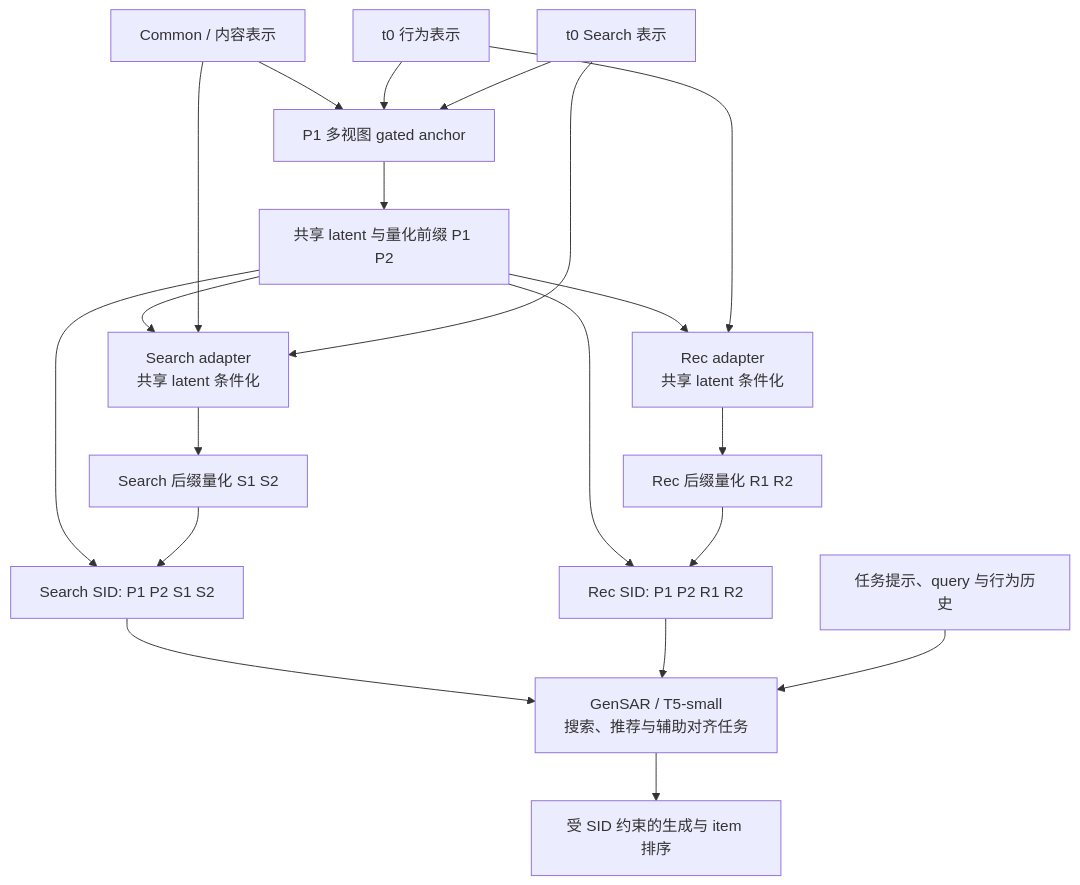
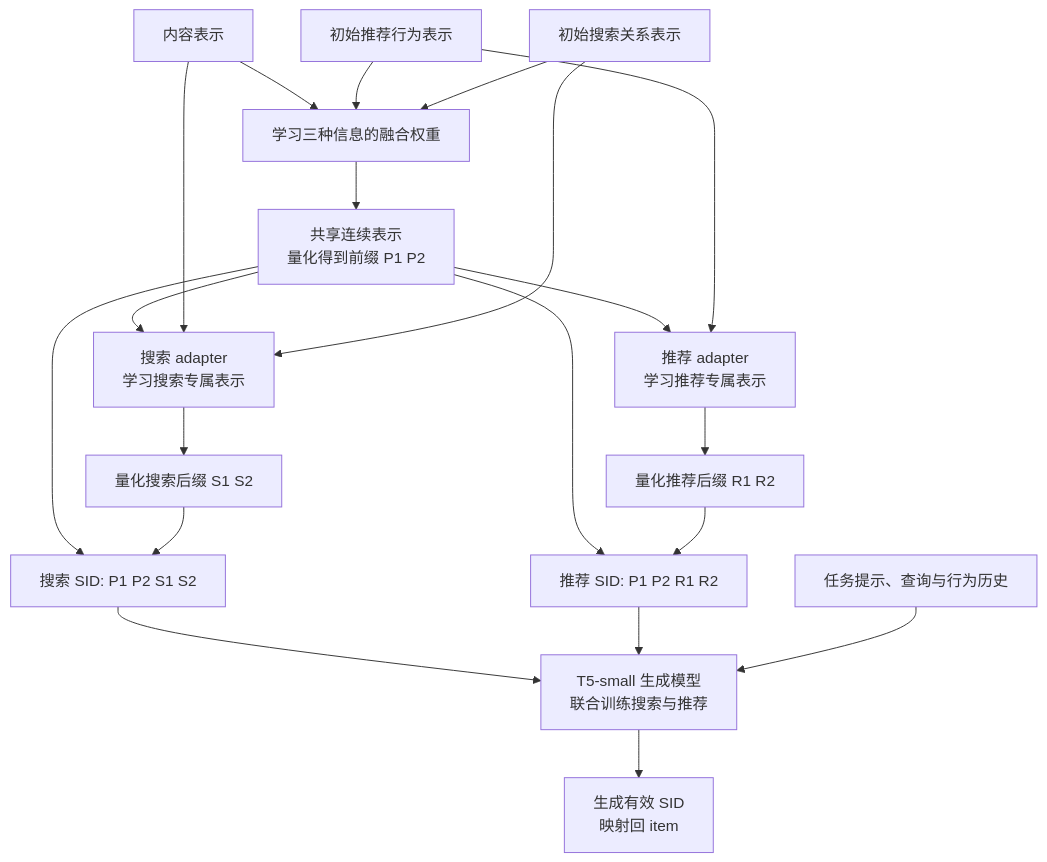
One commit to fferriswheel/TemGenSAR changed the diagram in docs/method.md. Above: the diagram before and after it, drawn with Mermaid. The commit also changed other lines of this file and 14 other files, not shown here.

````diff
--- a/docs/method.md
+++ b/docs/method.md
@@ -20,22 +32,22 @@
 ```mermaid
 flowchart TB
-    C["Common / 内容表示"] --> P["P1 多视图 gated anchor"]
-    B["t0 行为表示"] --> P
-    Q["t0 Search 表示"] --> P
-    P --> Z["共享 latent 与量化前缀 P1 P2"]
-    Z --> SA["Search adapter<br/>共享 latent 条件化"]
-    Z --> RA["Rec adapter<br/>共享 latent 条件化"]
+    C["内容表示"] --> P["学习三种信息的融合权重"]
+    B["初始推荐行为表示"] --> P
+    Q["初始搜索关系表示"] --> P
+    P --> Z["共享连续表示<br/>量化得到前缀 P1 P2"]
+    Z --> SA["搜索 adapter<br/>学习搜索专属表示"]
+    Z --> RA["推荐 adapter<br/>学习推荐专属表示"]
     C --> SA
     Q --> SA
     B --> RA
-    SA --> SQ["Search 后缀量化 S1 S2"]
-    RA --> RQ["Rec 后缀量化 R1 R2"]
-    Z --> SS["Search SID: P1 P2 S1 S2"]
+    SA --> SQ["量化搜索后缀 S1 S2"]
+    RA --> RQ["量化推荐后缀 R1 R2"]
+    Z --> SS["搜索 SID: P1 P2 S1 S2"]
     SQ --> SS
-    Z --> RS["Rec SID: P1 P2 R1 R2"]
+    Z --> RS["推荐 SID: P1 P2 R1 R2"]
     RQ --> RS
-    SS --> T["GenSAR / T5-small<br/>搜索、推荐与辅助对齐任务"]
+    SS --> T["T5-small 生成模型<br/>联合训练搜索与推荐"]
     RS --> T
-    H["任务提示、query 与行为历史"] --> T
-    T --> O["受 SID 约束的生成与 item 排序"]
+    H["任务提示、查询与行为历史"] --> T
+    T --> O["生成有效 SID<br/>映射回 item"]
 ```
````
